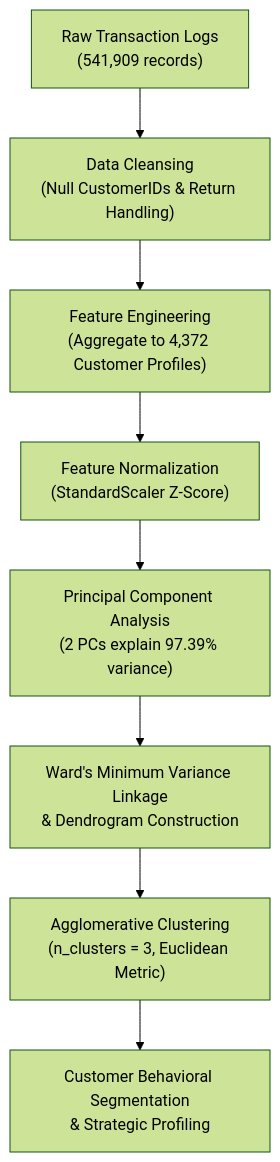
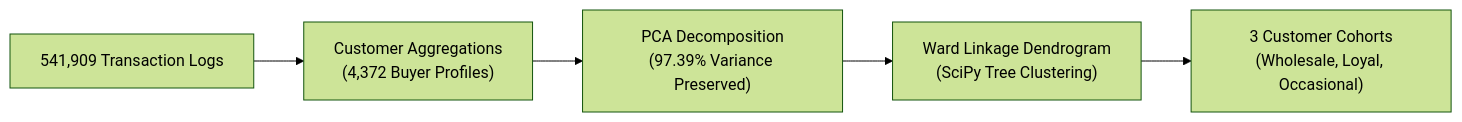
One commit to Umair-Nawaz0/hierarchical-clustering-customer-segmentation changed the diagram in README.md. Above: the diagram before and after it, drawn with Mermaid (forest theme). The commit also changed other lines of this file, not shown here.

````diff
--- a/README.md
+++ b/README.md
@@ -49,10 +44,7 @@
 ```mermaid
-flowchart TD
-    A["Raw Transaction Logs<br/>(541,909 records)"] --> B["Data Cleansing<br/>(Null CustomerIDs & Return Handling)"]
-    B --> C["Feature Engineering<br/>(Aggregate to 4,372 Customer Profiles)"]
-    C --> D["Feature Normalization<br/>(StandardScaler Z-Score)"]
-    D --> E["Principal Component Analysis<br/>(2 PCs explain 97.39% variance)"]
-    E --> F["Ward's Minimum Variance Linkage<br/>& Dendrogram Construction"]
-    F --> G["Agglomerative Clustering<br/>(n_clusters = 3, Euclidean Metric)"]
-    G --> H["Customer Behavioral Segmentation<br/>& Strategic Profiling"]
+flowchart LR
+    Logs["541,909 Transaction Logs"] --> Agg["Customer Aggregations<br/>(4,372 Buyer Profiles)"]
+    Agg --> PCA["PCA Decomposition<br/>(97.39% Variance Preserved)"]
+    PCA --> Dendro["Ward Linkage Dendrogram<br/>(SciPy Tree Clustering)"]
+    Dendro --> Tiers["3 Customer Cohorts<br/>(Wholesale, Loyal, Occasional)"]
 ```
````
